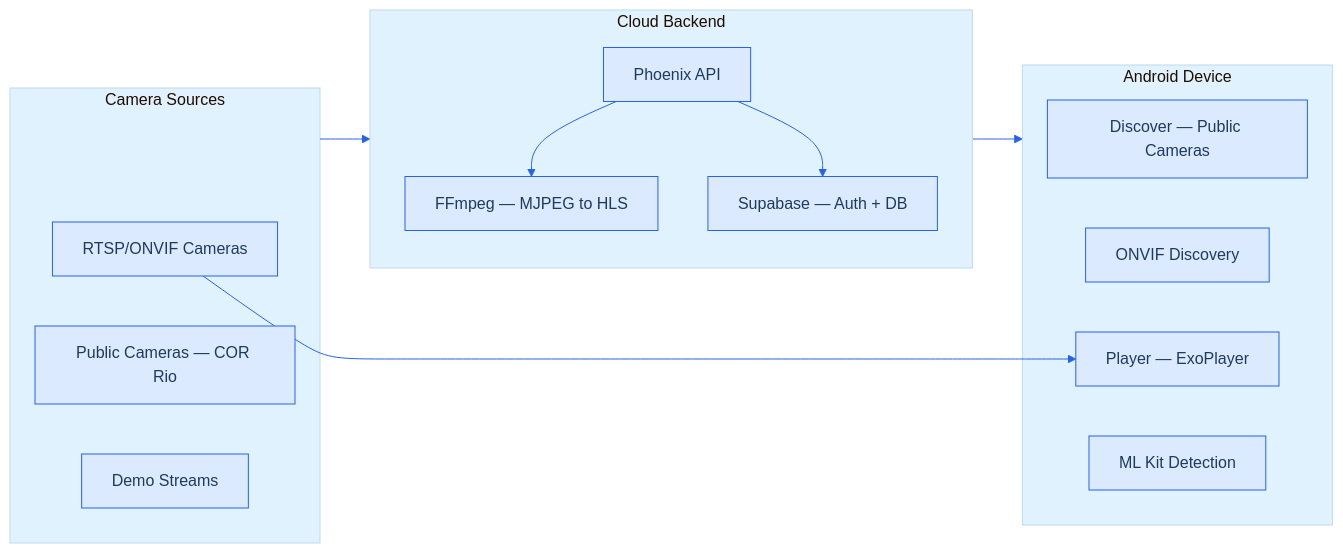
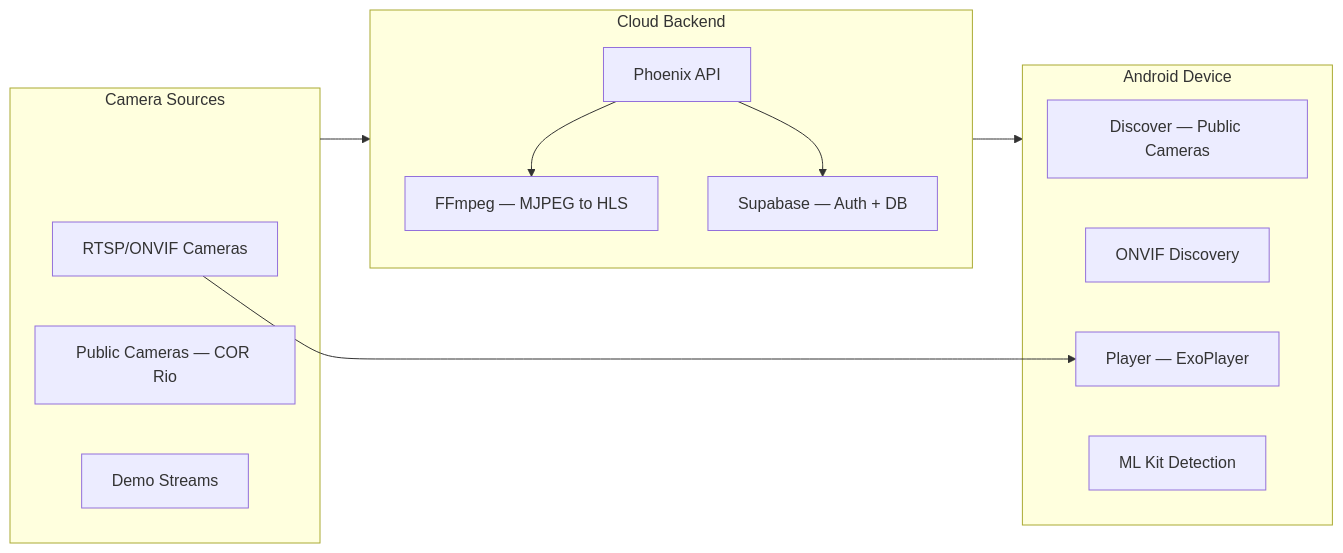
One commit to gabrielmaialva33/vigipro changed the first of 2 diagrams in README.md. Above: the diagram before and after it, drawn with Mermaid.

Commit message:
fix(docs): use neutral Mermaid theme for light/dark mode compatibility
Remove hardcoded theme colors from Mermaid diagrams so GitHub
renders them correctly in both light and dark mode.

````diff
--- a/README.md
+++ b/README.md
@@ -32,29 +32,28 @@
 ```mermaid
-%%{init: {'theme': 'base', 'themeVariables': {'primaryColor': '#dbeafe', 'primaryTextColor': '#1e3a5f', 'primaryBorderColor': '#2563eb', 'secondaryColor': '#dcfce7', 'secondaryTextColor': '#052e16', 'secondaryBorderColor': '#16a34a', 'tertiaryColor': '#e0f2fe', 'lineColor': '#2563eb', 'textColor': '#1e293b'}}}%%
 flowchart LR
     subgraph Device["Android Device"]
         DISCOVER[Discover — Public Cameras]
         ONVIF[ONVIF Discovery]
         PLAYER[Player — ExoPlayer]
         DETECT[ML Kit Detection]
     end
 
     subgraph Backend["Cloud Backend"]
         direction TB
         PHOENIX[Phoenix API]
         FFMPEG[FFmpeg — MJPEG to HLS]
         SUPA[Supabase — Auth + DB]
         PHOENIX --> FFMPEG
         PHOENIX --> SUPA
     end
 
     subgraph Sources["Camera Sources"]
         RTSP[RTSP/ONVIF Cameras]
         PUBLIC[Public Cameras — COR Rio]
         DEMO[Demo Streams]
     end
 
     Sources --> Backend
     Backend --> Device
     RTSP --> PLAYER
 ```
````
